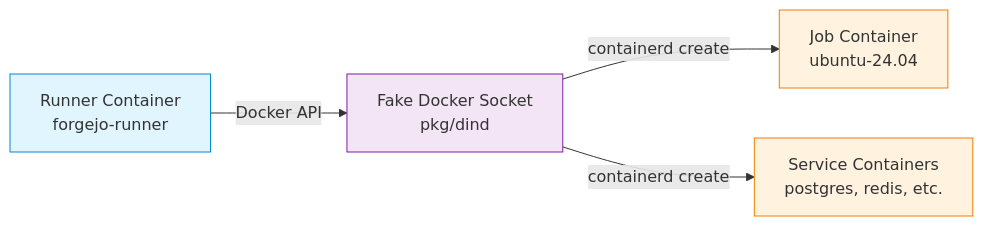
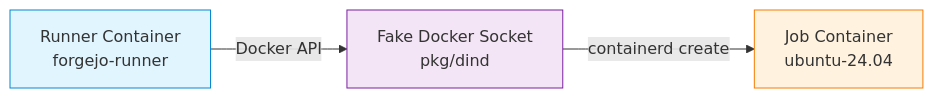
One commit to ephpm/ephemerd changed the second of 2 diagrams in docs/guides/runner-images.md. Above: the diagram before and after it, drawn with Mermaid. The commit also changed other lines of this file and 12 other files, not shown here.

````diff
--- a/docs/guides/runner-images.md
+++ b/docs/guides/runner-images.md
@@ -110,10 +139,8 @@
 ```mermaid
 flowchart LR
     RC["Runner Container\nforgejo-runner"] -->|Docker API| DS["Fake Docker Socket\npkg/dind"]
     DS -->|containerd create| JC["Job Container\nubuntu-24.04"]
-    DS -->|containerd create| SC["Service Containers\npostgres, redis, etc."]
     style DS fill:#f3e5f5,stroke:#7b1fa2
     style RC fill:#e1f5ff,stroke:#0288d1
     style JC fill:#fff3e0,stroke:#f57c00
-    style SC fill:#fff3e0,stroke:#f57c00
 ```
````
